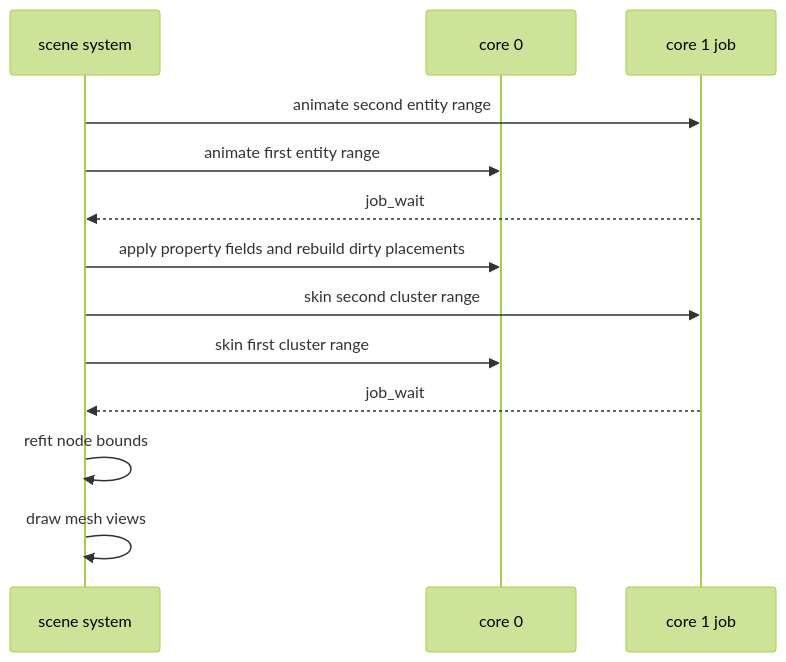
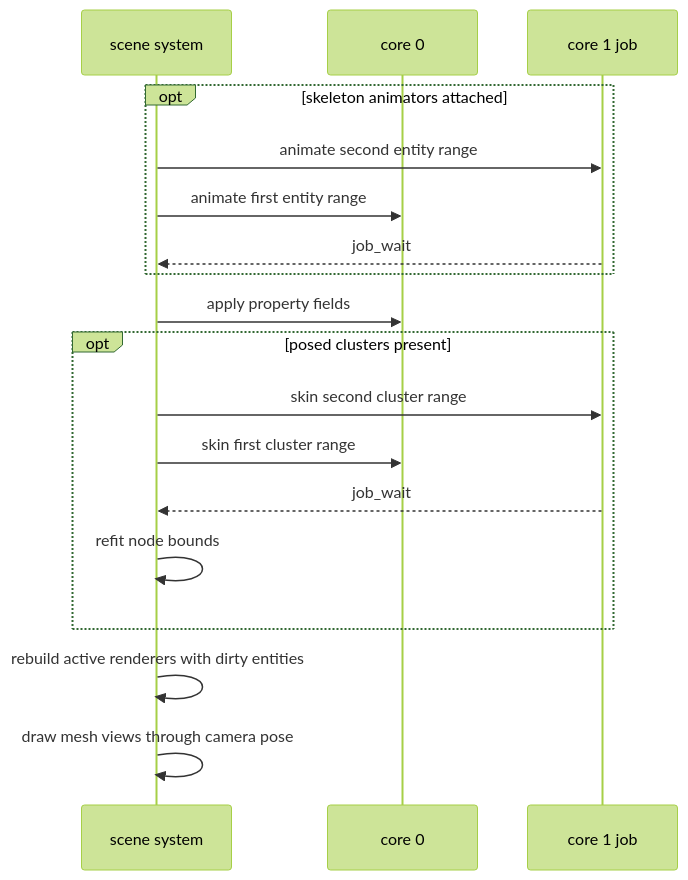
Before and after one commit to jose-villegas/autana: the diagram in docs/render/Skeleton-and-Skin.md, drawn with Mermaid (forest theme). The commit also changed other lines of this file and 7 other files, not shown here.

````diff
--- a/docs/render/Skeleton-and-Skin.md
+++ b/docs/render/Skeleton-and-Skin.md
@@ -142,15 +138,20 @@
 ```mermaid
 sequenceDiagram
     participant S as scene system
     participant C0 as core 0
     participant C1 as core 1 job
-    S->>C1: animate second entity range
-    S->>C0: animate first entity range
-    C1-->>S: job_wait
-    S->>C0: apply property fields and rebuild dirty placements
-    S->>C1: skin second cluster range
-    S->>C0: skin first cluster range
-    C1-->>S: job_wait
-    S->>S: refit node bounds
-    S->>S: draw mesh views
+    opt skeleton animators attached
+        S->>C1: animate second entity range
+        S->>C0: animate first entity range
+        C1-->>S: job_wait
+    end
+    S->>C0: apply property fields
+    opt posed clusters present
+        S->>C1: skin second cluster range
+        S->>C0: skin first cluster range
+        C1-->>S: job_wait
+        S->>S: refit node bounds
+    end
+    S->>S: rebuild active renderers with dirty entities
+    S->>S: draw mesh views through camera pose
 ```
````
